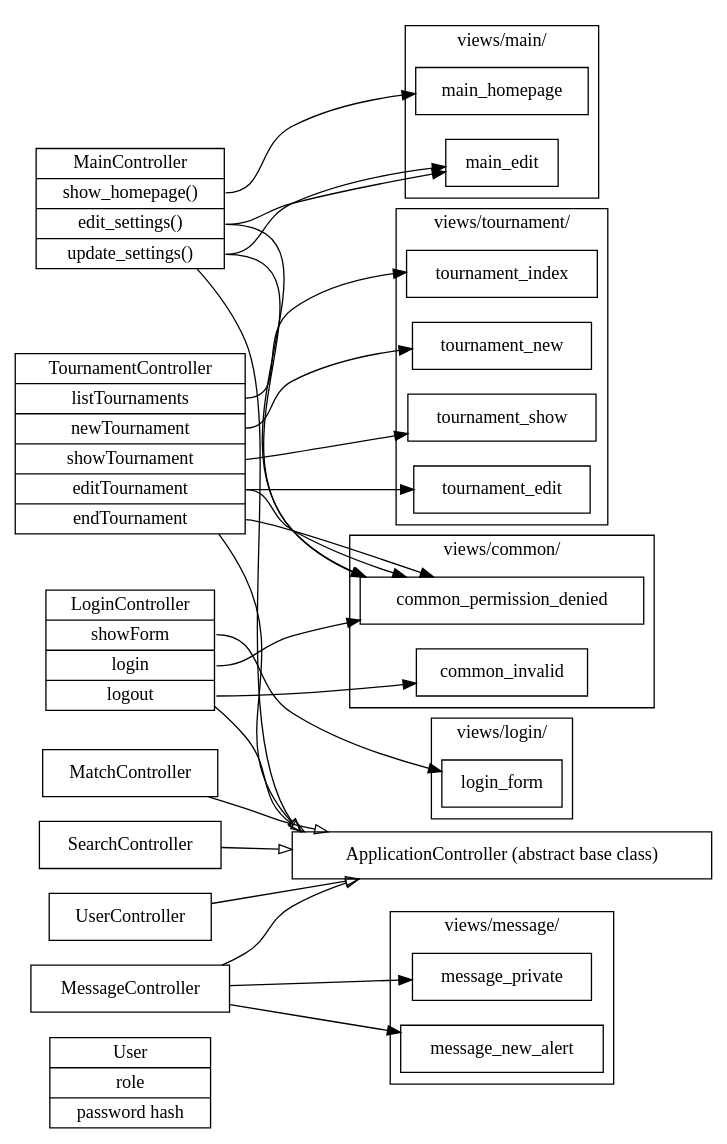
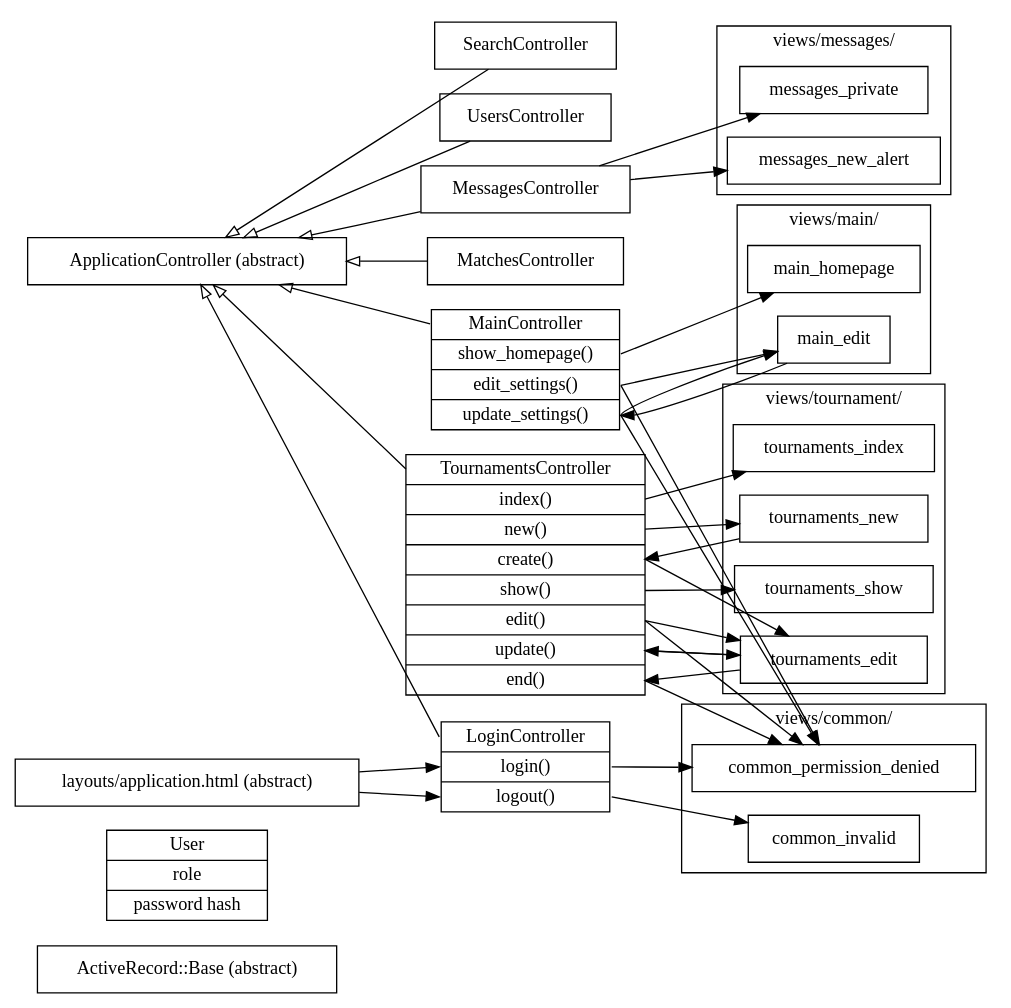
Before and after one commit to LukeShu/leaguer: the diagram in docs/DesignDocument.dot, drawn with Graphviz. The commit also changed 1 other file, not shown here.

Commit message:
update the controllers

```diff
--- a/docs/DesignDocument.dot
+++ b/docs/DesignDocument.dot
@@ -1,82 +1,102 @@
 digraph systemModel {
 	rankdir="LR";
-	node[shape="record"];
+	splines="line";
 
-	#subgraph clusterModels {
-	#	label="Models"
-		User[label="<name> User | <attr_role> role | <attr_pw> password hash"];
-	#}
+	subgraph _clusterModels {
+		label="Models"
+		node[shape="record"];
+		
+		BaseModel[label="<main> ActiveRecord::Base (abstract)"]
+		User[label="<main> User | <attr_role> role | <attr_pw> password hash"];
+	}
 	
-	ApplicationController[label="ApplicationController (abstract base class)"];
-	#subgraph clusterControllers {
-	#	label="Controllers";
-		MainController[label="<name> MainController | <index> show_homepage() | <edit> edit_settings() | <update> update_settings()"];
-		TournamentController[label="<name> TournamentController | <index> listTournaments | <new> newTournament | <show> showTournament | <edit> editTournament | <delete> endTournament"];
-		MessageController;
-		LoginController[label="<name> LoginController | <index> showForm | <login> login | <logout> logout"];
-		SearchController;
-		UserController;
-		MatchController;
-	#}
-	#subgraph clusterViews {
-	#	label="views/";
-		subgraph clusterCommonViews {
+	subgraph _clusterControllers {
+		label="Controllers";
+		node[shape="record"];
+		
+		ApplicationController[label="<main> ApplicationController (abstract)"];
+		
+		MainController[label="<main> MainController | <index> show_homepage() | <edit> edit_settings() | <update> update_settings()"];
+		TournamentsController[label="<main> TournamentsController | <index> index() | <new> new() | <create> create() | <show> show() | <edit> edit() | <update> update() | <end> end()"];
+		MessagesController[label="<main> MessagesController"];
+		LoginController[label="<main> LoginController | <login> login() | <logout> logout()"];
+		SearchController[label="<main> SearchController"];
+		UsersController[label="<main> UsersController"];
+		MatchesController[label="<main> MatchesController"];
+	}
+
+	subgraph _clusterViews {
+		label="views/";
+		node[shape="rectangle"]
+
+		layouts_application[label="layouts/application.html (abstract)"]
+
+		subgraph clusterViewsCommon {
 			label="views/common/";
 			common_permission_denied;
 			common_invalid;
 		}
-		subgraph clusterMainViews {
+		
+		subgraph clusterViewsMain {
 			label="views/main/";
 			main_homepage;
 			main_edit;
 		}
-		subgraph clusterLoginViews {
-			label="views/login/";
-			login_form
+		subgraph clusterViewsTournament {
+			label="views/tournament/";
+			tournaments_index;
+			tournaments_new;
+			tournaments_show;
+			tournaments_edit;
 		}
-		subgraph clusterTournamentViews {
-			label="views/tournament/";
-			tournament_index;
-			tournament_new;
-			tournament_show;
-			tournament_edit;
+		subgraph clusterViewsMessages {
+			label="views/messages/";
+			messages_private;
+			messages_new_alert;
 		}
-		subgraph clusterMessageViews {
-			label="views/message/";
-			message_private;
-			message_new_alert;
-		}
-	#}
+	}
 
-	MainController -> ApplicationController[arrowhead="onormal"];
-	MainController:index -> main_homepage;
-	MainController:edit -> main_edit;
-	MainController:edit -> common_permission_denied;
-	MainController:update -> main_edit;
-	MainController:update -> common_permission_denied;
+	subgraph inheritance {
+		edge[arrowhead="onormal"];
+		MainController:main -> ApplicationController;
+		ApplicationController -> MainController:main[style=invis];
+		TournamentsController:main -> ApplicationController;
+		ApplicationController -> TournamentsController:main[style=invis];
+		MessagesController:main -> ApplicationController;
+		ApplicationController -> MessagesController:main[style=invis];
+		LoginController:main -> ApplicationController;
+		ApplicationController -> LoginController:main[style=invis];
+		SearchController:main -> ApplicationController;
+		ApplicationController -> SearchController:main[style=invis];
+		UsersController:main -> ApplicationController;
+		ApplicationController -> UsersController:main[style=invis];
+		MatchesController:main -> ApplicationController;
+		ApplicationController -> MatchesController:main[style=invis];
+	}
 
-	TournamentController -> ApplicationController[arrowhead="onormal"];
-	TournamentController:index -> tournament_index;
-	TournamentController:new -> tournament_new;
-	TournamentController:show -> tournament_show;
-	TournamentController:edit -> tournament_edit;
-	TournamentController:edit -> common_permission_denied;
-	TournamentController:delete -> common_permission_denied;
+	subgraph controller2view {
+		layouts_application -> LoginController:login;
+		layouts_application -> LoginController:logout;
 
-	MessageController -> ApplicationController[arrowhead="onormal"];
-	MessageController -> message_private;
-	MessageController -> message_new_alert;
+		MainController:index -> main_homepage;
+		MainController:edit -> main_edit -> MainController:update;
+		MainController:edit -> common_permission_denied;
+		MainController:update -> main_edit;
+		MainController:update -> common_permission_denied;
 
+		TournamentsController:index -> tournaments_index;
+		TournamentsController:new -> tournaments_new -> TournamentsController:create;
+		TournamentsController:create -> tournaments_edit -> TournamentsController:end;
+		TournamentsController:show -> tournaments_show;
+		TournamentsController:edit -> tournaments_edit -> TournamentsController:update;
+		TournamentsController:update -> tournaments_edit
+		TournamentsController:edit -> common_permission_denied;
+		TournamentsController:end -> common_permission_denied;
 
-	LoginController -> ApplicationController[arrowhead="onormal"];
-	LoginController:index -> login_form;
-	LoginController:login -> common_permission_denied;
-	LoginController:logout -> common_invalid;
+		MessagesController -> messages_private;
+		MessagesController -> messages_new_alert;
 
-	SearchController -> ApplicationController[arrowhead="onormal"];
-	
-	UserController -> ApplicationController[arrowhead="onormal"];
-	
-	MatchController -> ApplicationController[arrowhead="onormal"];
-
+		LoginController:login -> common_permission_denied;
+		LoginController:logout -> common_invalid;
+	}
 }
```
